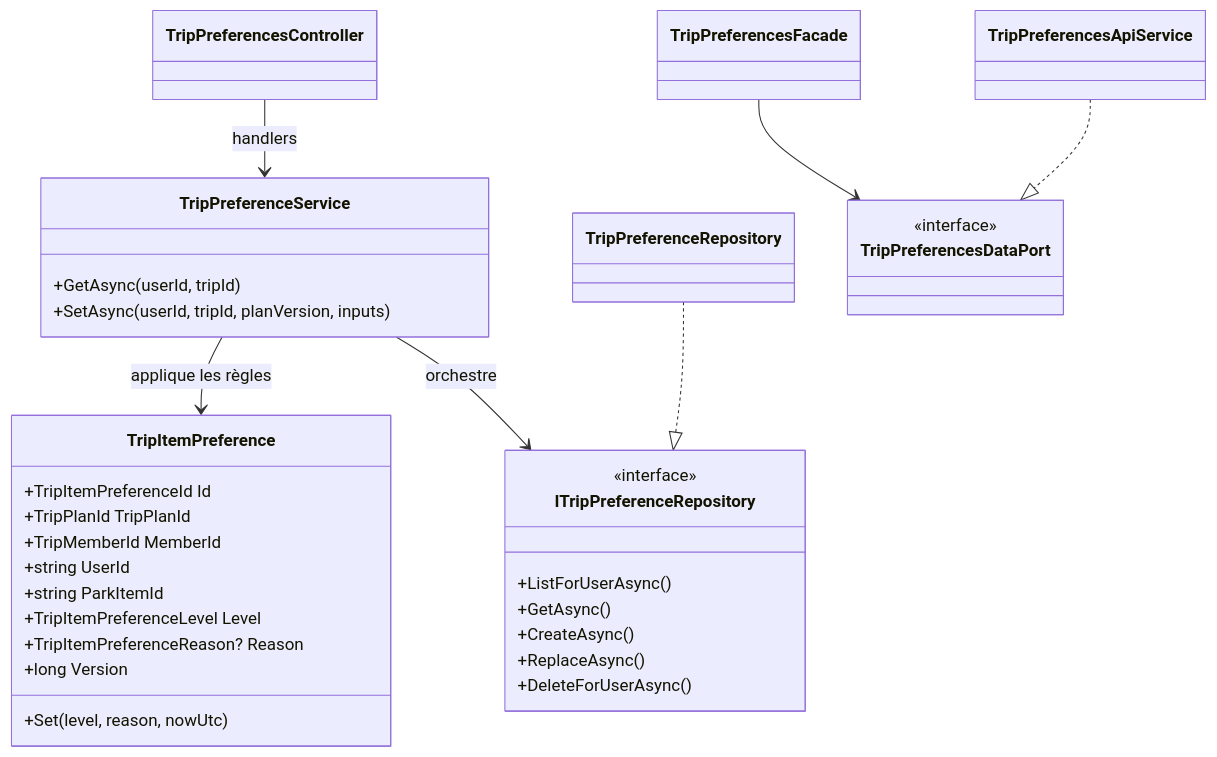
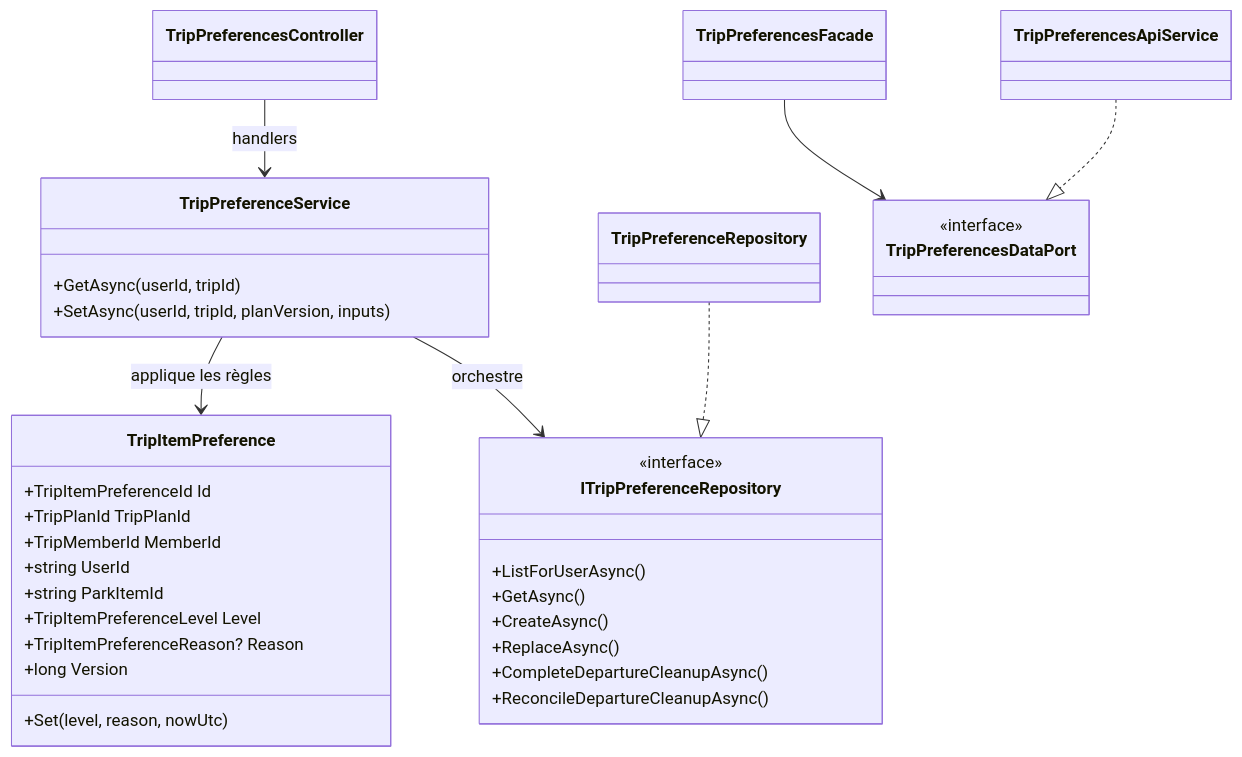
Before and after one commit to Ced59/AmusementParkProject: the first of 2 diagrams in docs/architecture/product-growth-trip-07-item-preferences-2026-09-18.md, drawn with Mermaid. The commit also changed other lines of this file and 17 other files, not shown here.

````diff
--- a/docs/architecture/product-growth-trip-07-item-preferences-2026-09-18.md
+++ b/docs/architecture/product-growth-trip-07-item-preferences-2026-09-18.md
@@ -39,40 +39,41 @@
 ```mermaid
 classDiagram
     class TripItemPreference {
       +TripItemPreferenceId Id
       +TripPlanId TripPlanId
       +TripMemberId MemberId
       +string UserId
       +string ParkItemId
       +TripItemPreferenceLevel Level
       +TripItemPreferenceReason? Reason
       +long Version
       +Set(level, reason, nowUtc)
     }
     class TripPreferenceService {
       +GetAsync(userId, tripId)
       +SetAsync(userId, tripId, planVersion, inputs)
     }
     class ITripPreferenceRepository {
       <<interface>>
       +ListForUserAsync()
       +GetAsync()
       +CreateAsync()
       +ReplaceAsync()
-      +DeleteForUserAsync()
+      +CompleteDepartureCleanupAsync()
+      +ReconcileDepartureCleanupAsync()
     }
     class TripPreferenceRepository
     class TripPreferencesController
     class TripPreferencesFacade
     class TripPreferencesDataPort {
       <<interface>>
     }
     class TripPreferencesApiService
 
     TripPreferenceService --> TripItemPreference : applique les règles
     TripPreferenceService --> ITripPreferenceRepository : orchestre
     TripPreferenceRepository ..|> ITripPreferenceRepository
     TripPreferencesController --> TripPreferenceService : handlers
     TripPreferencesFacade --> TripPreferencesDataPort
     TripPreferencesApiService ..|> TripPreferencesDataPort
 ```
````
